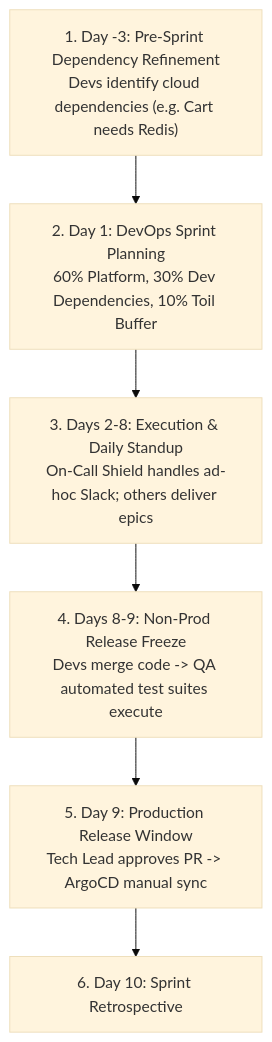
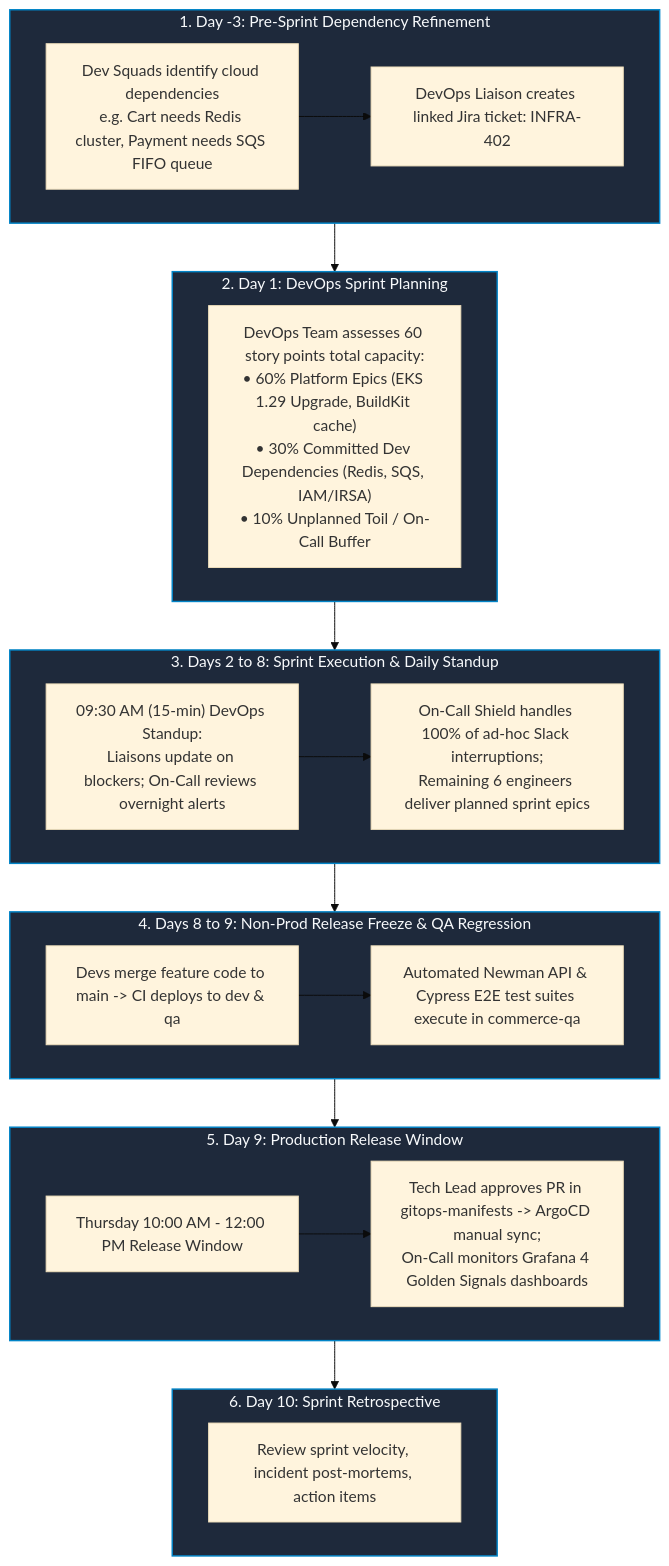
The fourth of 14 diagrams in DevOps_CI_CD_Master_Engineering_Blueprint.md (pvsafwa/devops-course-playbook), drawn with Mermaid (base theme) before and after one commit. The commit also changed other lines of this file, not shown here.

````diff
--- a/DevOps_CI_CD_Master_Engineering_Blueprint.md
+++ b/DevOps_CI_CD_Master_Engineering_Blueprint.md
@@ -99,10 +135,32 @@
 ```mermaid
 flowchart TD
-    Step1["1. Day -3: Pre-Sprint Dependency Refinement<br/>Devs identify cloud dependencies (e.g. Cart needs Redis)"]
-    Step2["2. Day 1: DevOps Sprint Planning<br/>60% Platform, 30% Dev Dependencies, 10% Toil Buffer"]
-    Step3["3. Days 2-8: Execution & Daily Standup<br/>On-Call Shield handles ad-hoc Slack; others deliver epics"]
-    Step4["4. Days 8-9: Non-Prod Release Freeze<br/>Devs merge code -> QA automated test suites execute"]
-    Step5["5. Day 9: Production Release Window<br/>Tech Lead approves PR -> ArgoCD manual sync"]
-    Step6["6. Day 10: Sprint Retrospective"]
+    subgraph Step1["1. Day -3: Pre-Sprint Dependency Refinement"]
+        DevRefine["Dev Squads identify cloud dependencies<br/>e.g. Cart needs Redis cluster, Payment needs SQS FIFO queue"]
+        TicketCreate["DevOps Liaison creates linked Jira ticket: INFRA-402"]
+        DevRefine --> TicketCreate
+    end
+    subgraph Step2["2. Day 1: DevOps Sprint Planning"]
+        Capacity["DevOps Team assesses 60 story points total capacity:<br/>• 60% Platform Epics (EKS 1.29 Upgrade, BuildKit cache)<br/>• 30% Committed Dev Dependencies (Redis, SQS, IAM/IRSA)<br/>• 10% Unplanned Toil / On-Call Buffer"]
+    end
+    subgraph Step3["3. Days 2 to 8: Sprint Execution & Daily Standup"]
+        Standup["09:30 AM (15-min) DevOps Standup:<br/>Liaisons update on blockers; On-Call reviews overnight alerts"]
+        Shielding["On-Call Shield handles 100% of ad-hoc Slack interruptions;<br/>Remaining 6 engineers deliver planned sprint epics"]
+        Standup --> Shielding
+    end
+    subgraph Step4["4. Days 8 to 9: Non-Prod Release Freeze & QA Regression"]
+        CodeMerge["Devs merge feature code to main -> CI deploys to dev & qa"]
+        QASuite["Automated Newman API & Cypress E2E test suites execute in commerce-qa"]
+        CodeMerge --> QASuite
+    end
+    subgraph Step5["5. Day 9: Production Release Window"]
+        ReleaseTime["Thursday 10:00 AM - 12:00 PM Release Window"]
+        ProdSync["Tech Lead approves PR in gitops-manifests -> ArgoCD manual sync;<br/>On-Call monitors Grafana 4 Golden Signals dashboards"]
+        ReleaseTime --> ProdSync
+    end
+    subgraph Step6["6. Day 10: Sprint Retrospective"]
+        Retro["Review sprint velocity, incident post-mortems, action items"]
+    end
     Step1 --> Step2 --> Step3 --> Step4 --> Step5 --> Step6
+    classDef stage fill:#1e293b,stroke:#0284c7,stroke-width:1.5px,color:#f8fafc;
+    class Step1,Step2,Step3,Step4,Step5,Step6 stage;
 ```
````
